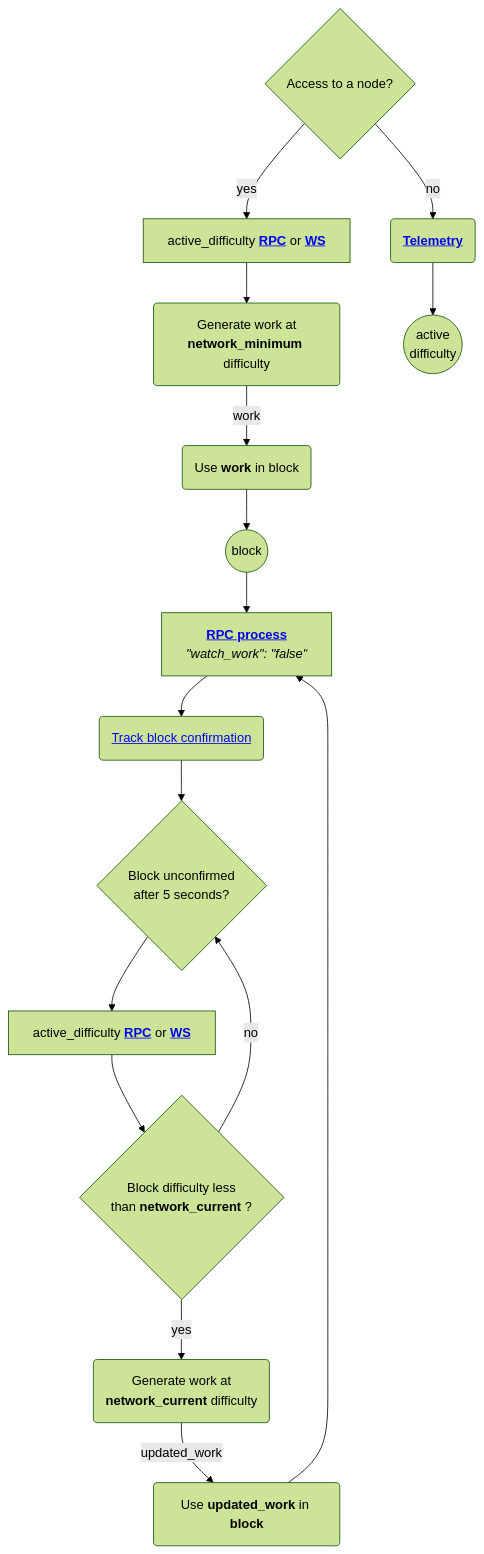
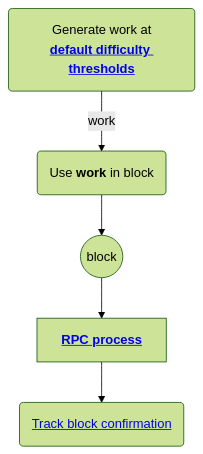
Before and after one commit to nanocurrency/nano-docs: the second of 2 diagrams in docs/integration-guides/work-generation.md, drawn with Mermaid (forest theme). The commit also changed other lines of this file and 1 other file, not shown here.

First line of the commit message:
Updates to areas impacted by prioritization by difficulty and work watcher removal in V22 (#550)

````diff
--- a/docs/integration-guides/work-generation.md
+++ b/docs/integration-guides/work-generation.md
@@ -99,18 +96,8 @@
 ``` mermaid
 graph TD
-    M{Access to a node?} -->|yes| N[active_difficulty <a href='/commands/rpc-protocol/#active_difficulty'><b>RPC</b></a> or <a href='/integration-guides/websockets/#active-difficulty'><b>WS</b></a>]
-    M --> |no| O_1(<a href='/protocol-design/networking/#node-telemetry'><b>Telemetry</b></a>)
-    N -->P_1(Generate work at<br><b>network_minimum</b> difficulty)
-    O_1 -->O_2((active<br>difficulty))
+    P_1(Generate work at<br><b><a href='#difficulty-thresholds'>default difficulty thresholds</a></b>)
     P_1 -->|work| P_2(Use <b>work</b> in block)
     P_2 -->P_3((block))
-    P_3 -->P_4[<a href='/commands/rpc-protocol/#process'><b>RPC process</b></a><br><i>&quotwatch_work&quot: &quotfalse&quot</i>]
+    P_3 -->P_4[<a href='/commands/rpc-protocol/#process'><b>RPC process</b></a>]
     P_4 -->P_5(<a href='/integration-guides/block-confirmation-tracking/'>Track block confirmation</a>)
-    P_5 -->P_6{Block unconfirmed<br>after 5 seconds?}
-    P_6 -->P_7[active_difficulty <a href='/commands/rpc-protocol/#active_difficulty'><b>RPC</b></a> or <a href='/integration-guides/websockets/#active-difficulty'><b>WS</b></a>]
-    P_7 -->P_8{Block difficulty less<br>than <b>network_current</b> ?}
-    P_8 -->|yes| P_9(Generate work at<br><b>network_current</b> difficulty)
-    P_8 -->|no| P_6
-    P_9 -->|updated_work| P_10(Use <b>updated_work</b> in <b>block</b>)
-    P_10 -->P_4
 ```
````
